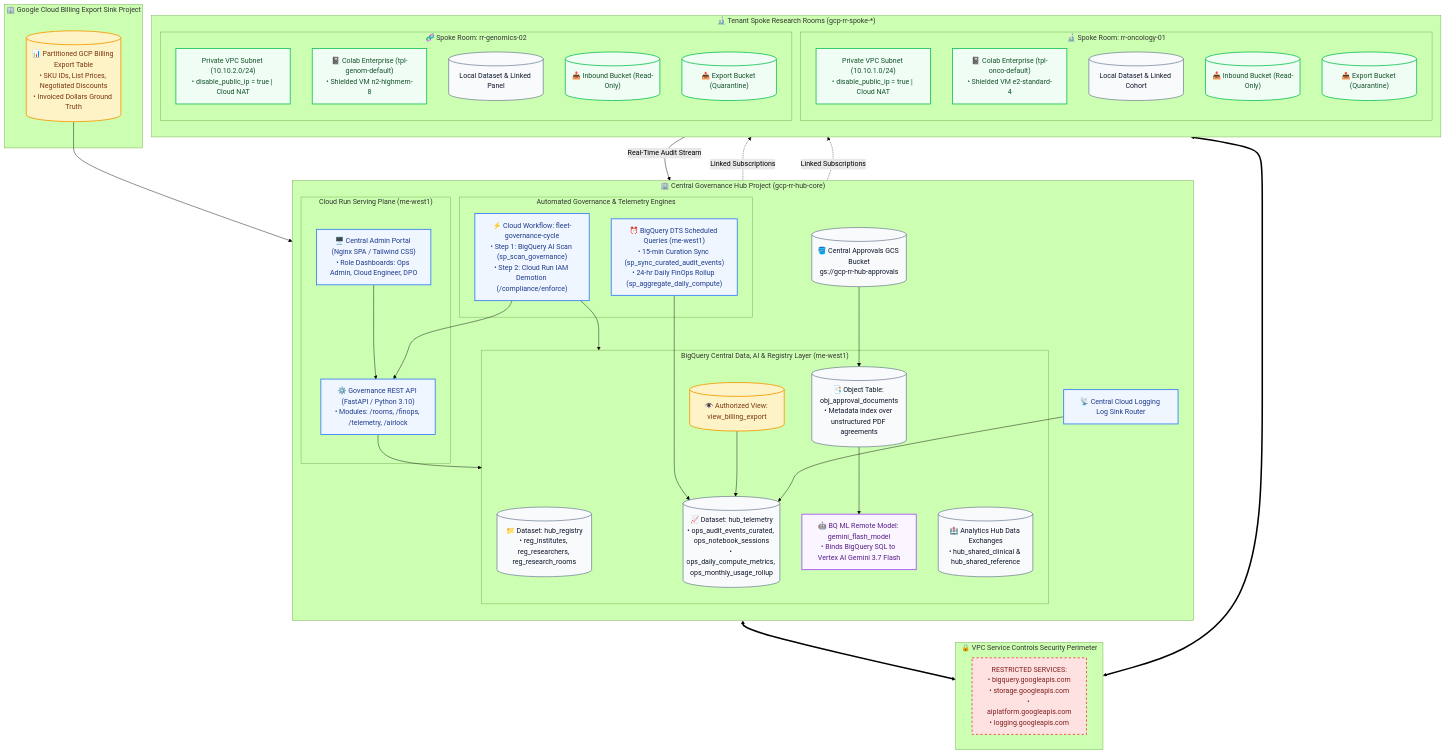
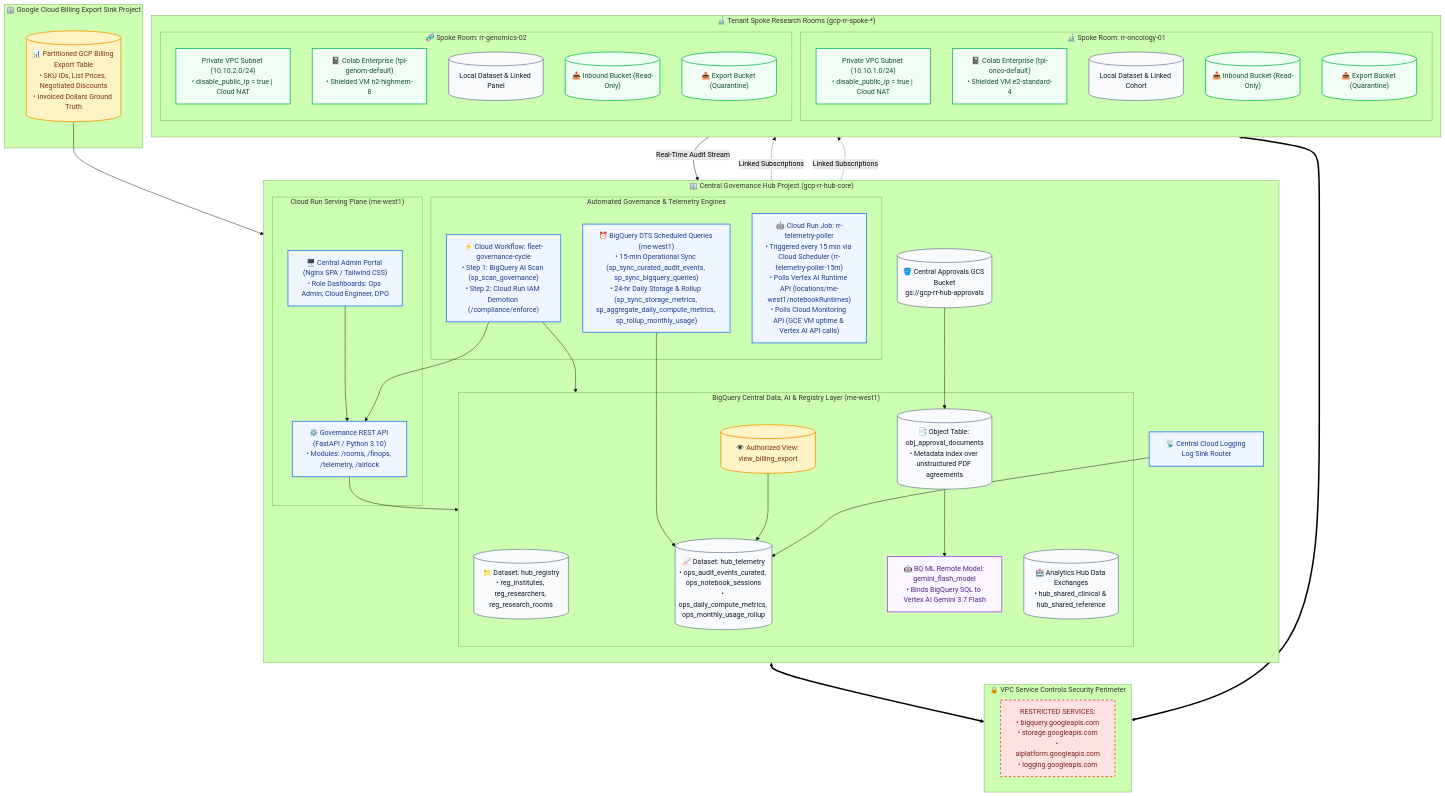
The first of 5 diagrams in docs/TECHNICAL_DIAGRAMS.md (liatsabag/managed-trusted-research-environments), drawn with Mermaid (forest theme) before and after one commit. The commit also changed other lines of this file and 14 other files, not shown here.

Commit message:
feat(telemetry): update ground-truth telemetry engine with two-speed cadences and fix storage metrics

````diff
--- a/docs/TECHNICAL_DIAGRAMS.md
+++ b/docs/TECHNICAL_DIAGRAMS.md
@@ -9,76 +9,77 @@
 ```mermaid
 flowchart TD
     %% Global Styling
     classDef billingClass fill:#fef3c7,stroke:#f59e0b,stroke-width:2px,color:#78350f;
     classDef hubClass fill:#eff6ff,stroke:#3b82f6,stroke-width:2px,color:#1e3a8a;
     classDef vpcClass fill:#fee2e2,stroke:#ef4444,stroke-width:2px,stroke-dasharray: 5 5,color:#7f1d1d;
     classDef spokeClass fill:#f0fdf4,stroke:#22c55e,stroke-width:2px,color:#14532d;
     classDef aiClass fill:#faf5ff,stroke:#a855f7,stroke-width:2px,color:#581c87;
     classDef dbClass fill:#f8fafc,stroke:#64748b,stroke-width:1.5px,color:#0f172a;
 
     subgraph BillingSink["🏢 Google Cloud Billing Export Sink Project"]
         BillingTable[("📊 Partitioned GCP Billing Export Table<br/>• SKU IDs, List Prices, Negotiated Discounts<br/>• Invoiced Dollars Ground Truth")]:::billingClass
     end
 
     subgraph HubProject["🏢 Central Governance Hub Project (gcp-rr-hub-core)"]
         direction TB
         
         subgraph ServingPlane["Cloud Run Serving Plane (me-west1)"]
             FrontendSPA["🖥️ Central Admin Portal (Nginx SPA / Tailwind CSS)<br/>• Role Dashboards: Ops Admin, Cloud Engineer, DPO"]:::hubClass
             BackendAPI["⚙️ Governance REST API (FastAPI / Python 3.10)<br/>• Modules: /rooms, /finops, /telemetry, /airlock"]:::hubClass
         end
 
         subgraph AutomationPlane["Automated Governance & Telemetry Engines"]
             CloudWorkflow["⚡ Cloud Workflow: fleet-governance-cycle<br/>• Step 1: BigQuery AI Scan (sp_scan_governance)<br/>• Step 2: Cloud Run IAM Demotion (/compliance/enforce)"]:::hubClass
-            DTS_Scheduler["⏰ BigQuery DTS Scheduled Queries (me-west1)<br/>• 15-min Curation Sync (sp_sync_curated_audit_events)<br/>• 24-hr Daily FinOps Rollup (sp_aggregate_daily_compute)"]:::hubClass
+            DTS_Scheduler["⏰ BigQuery DTS Scheduled Queries (me-west1)<br/>• 15-min Operational Sync (sp_sync_curated_audit_events, sp_sync_bigquery_queries)<br/>• 24-hr Daily Storage & Rollup (sp_sync_storage_metrics, sp_aggregate_daily_compute_metrics, sp_rollup_monthly_usage)"]:::hubClass
+            TelemetryPoller["🤖 Cloud Run Job: rr-telemetry-poller<br/>• Triggered every 15 min via Cloud Scheduler (rr-telemetry-poller-15m)<br/>• Polls Vertex AI Runtime API (locations/me-west1/notebookRuntimes)<br/>• Polls Cloud Monitoring API (GCE VM uptime & Vertex AI API calls)"]:::hubClass
         end
 
         subgraph HubDataLayer["BigQuery Central Data, AI & Registry Layer (me-west1)"]
             HubRegistry[("📁 Dataset: hub_registry<br/>• reg_institutes, reg_researchers, reg_research_rooms")]:::dbClass
             HubTelemetry[("📈 Dataset: hub_telemetry<br/>• ops_audit_events_curated, ops_notebook_sessions<br/>• ops_daily_compute_metrics, ops_monthly_usage_rollup")]:::dbClass
             BillingView[("👁️ Authorized View: view_billing_export")]:::billingClass
             GeminiRemote["🤖 BQ ML Remote Model: gemini_flash_model<br/>• Binds BigQuery SQL to Vertex AI Gemini 3.7 Flash"]:::aiClass
             ApprovalDocObj[("📑 Object Table: obj_approval_documents<br/>• Metadata index over unstructured PDF agreements")]:::dbClass
             SharedClinical[("🏥 Analytics Hub Data Exchanges<br/>• hub_shared_clinical & hub_shared_reference")]:::dbClass
         end
 
         HubApprovalsBucket[("🪣 Central Approvals GCS Bucket<br/>gs://gcp-rr-hub-approvals")]:::dbClass
         LogSinkRouter["📡 Central Cloud Logging Log Sink Router"]:::hubClass
     end
 
     subgraph VPCSC["🔒 VPC Service Controls Security Perimeter"]
         RestrictedAPIs["RESTRICTED SERVICES:<br/>• bigquery.googleapis.com<br/>• storage.googleapis.com<br/>• aiplatform.googleapis.com<br/>• logging.googleapis.com"]:::vpcClass
     end
 
     subgraph SpokeRooms["🔬 Tenant Spoke Research Rooms (gcp-rr-spoke-*)"]
         direction TB
 
         subgraph SpokeOncology["🔬 Spoke Room: rr-oncology-01"]
             VPC_Onco["Private VPC Subnet (10.10.1.0/24)<br/>• disable_public_ip = true | Cloud NAT"]:::spokeClass
             Colab_Onco["📓 Colab Enterprise (tpl-onco-default)<br/>• Shielded VM e2-standard-4"]:::spokeClass
             BQ_Onco[("Local Dataset & Linked Cohort")]:::dbClass
             GCS_In_1[("📥 Inbound Bucket (Read-Only)")]:::spokeClass
             GCS_Out_1[("📤 Export Bucket (Quarantine)")]:::spokeClass
         end
 
         subgraph SpokeGenomics["🧬 Spoke Room: rr-genomics-02"]
             VPC_Genom["Private VPC Subnet (10.10.2.0/24)<br/>• disable_public_ip = true | Cloud NAT"]:::spokeClass
             Colab_Genom["📓 Colab Enterprise (tpl-genom-default)<br/>• Shielded VM n2-highmem-8"]:::spokeClass
             BQ_Genom[("Local Dataset & Linked Panel")]:::dbClass
             GCS_In_2[("📥 Inbound Bucket (Read-Only)")]:::spokeClass
             GCS_Out_2[("📤 Export Bucket (Quarantine)")]:::spokeClass
         end
     end
 
     %% Flow Connections
     FrontendSPA --> BackendAPI
     BackendAPI --> HubDataLayer
     CloudWorkflow --> HubDataLayer & BackendAPI
     DTS_Scheduler --> HubTelemetry
     BillingTable --> BillingView --> HubTelemetry
     HubApprovalsBucket --> ApprovalDocObj --> GeminiRemote
 
     SharedClinical -.->|Linked Subscriptions| BQ_Onco & BQ_Genom
     HubProject <==> VPCSC <==> SpokeRooms
     SpokeRooms -->|Real-Time Audit Stream| LogSinkRouter --> HubTelemetry
 ```
````
